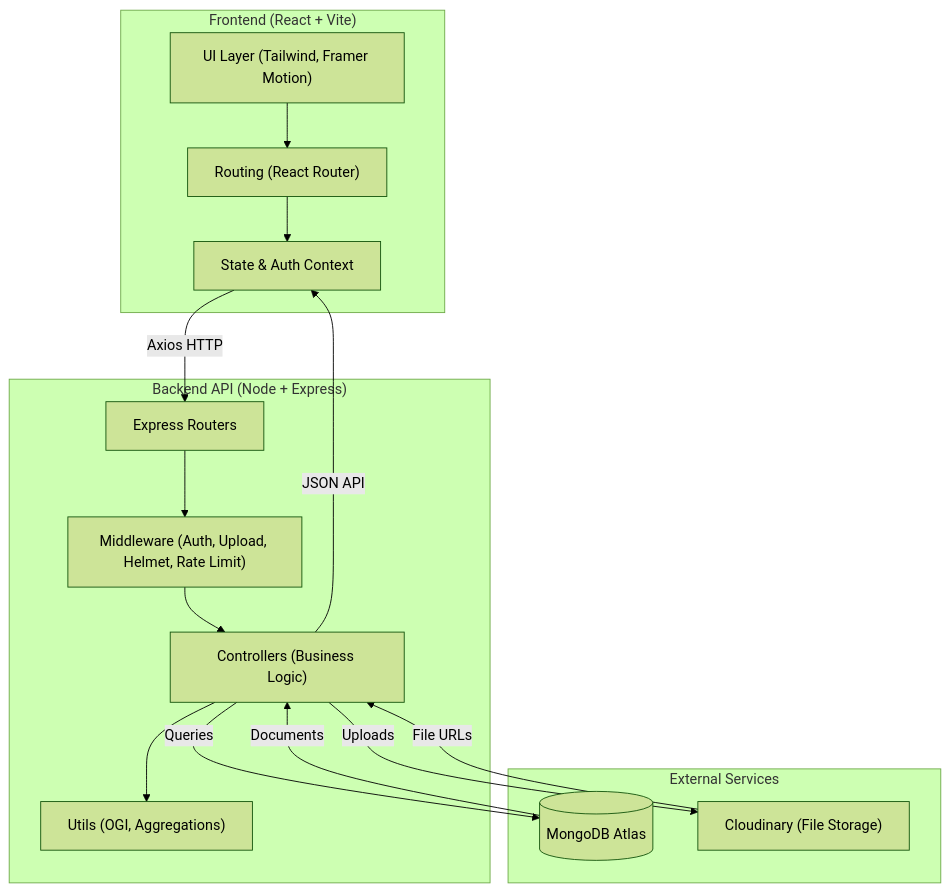
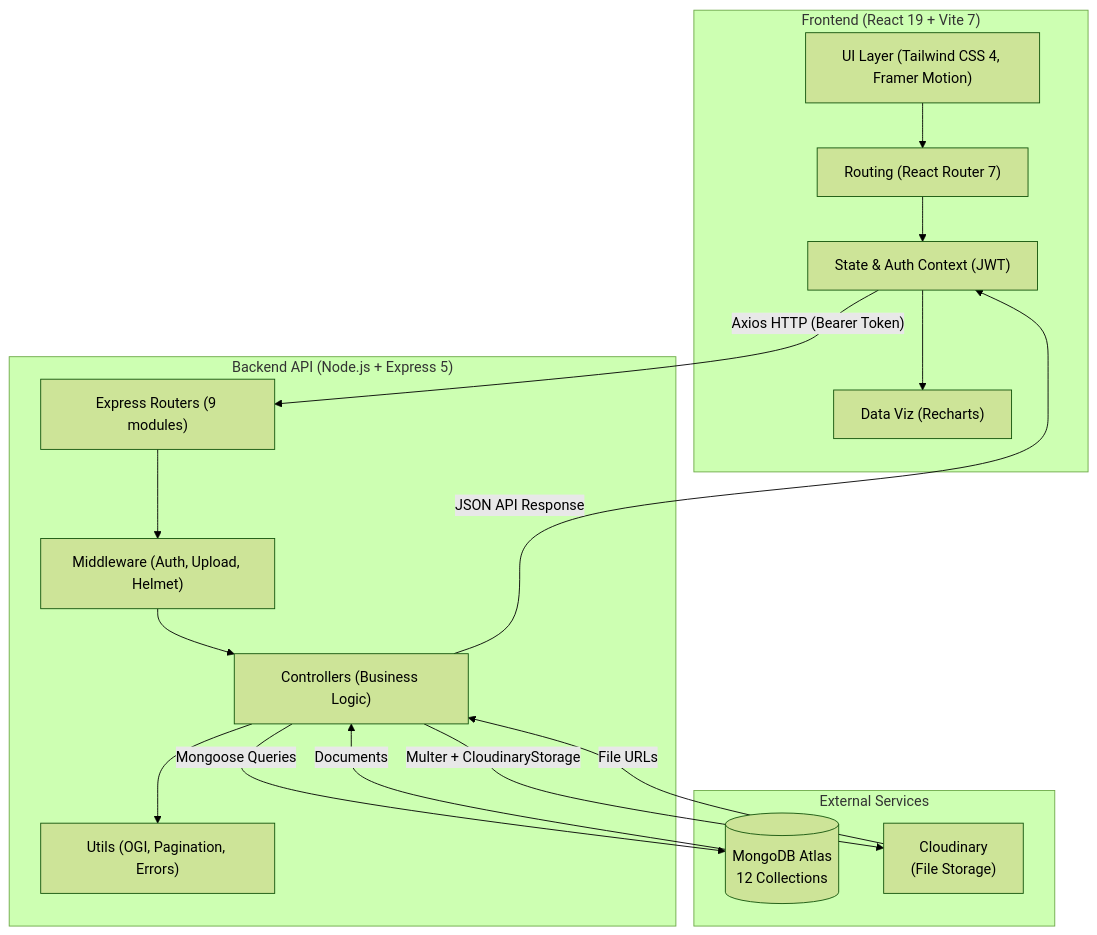
Before and after one commit to ArunavKishor/NavKalpana-RICR-NK-0003: the first of 3 diagrams in docs/architecture-diagram.md, drawn with Mermaid (forest theme). The commit also changed other lines of this file and 12 other files, not shown here.

````diff
--- a/docs/architecture-diagram.md
+++ b/docs/architecture-diagram.md
@@ -7,33 +9,34 @@
 ```mermaid
 graph TD
-    subgraph "Frontend (React + Vite)"
-        UI["UI Layer (Tailwind, Framer Motion)"]
-        RT["Routing (React Router)"]
-        State["State & Auth Context"]
+    subgraph "Frontend (React 19 + Vite 7)"
+        UI["UI Layer (Tailwind CSS 4, Framer Motion)"]
+        RT["Routing (React Router 7)"]
+        State["State & Auth Context (JWT)"]
+        Charts["Data Viz (Recharts)"]
     end
 
-    subgraph "Backend API (Node + Express)"
-        Router["Express Routers"]
-        MW["Middleware (Auth, Upload, Helmet, Rate Limit)"]
+    subgraph "Backend API (Node.js + Express 5)"
+        Router["Express Routers (9 modules)"]
+        MW["Middleware (Auth, Upload, Helmet)"]
         Ctrl["Controllers (Business Logic)"]
-        Util["Utils (OGI, Aggregations)"]
+        Util["Utils (OGI, Pagination, Errors)"]
     end
 
     subgraph "External Services"
-        DB[("MongoDB Atlas")]
-        CDN["Cloudinary (File Storage)"]
+        DB[("MongoDB Atlas\n12 Collections")]
+        CDN["Cloudinary\n(File Storage)"]
     end
 
-    %% Interactions
     UI --> RT
     RT --> State
-    State -- Axios HTTP --> Router
+    State -- "Axios HTTP (Bearer Token)" --> Router
     Router --> MW
     MW --> Ctrl
     Ctrl --> Util
-    Ctrl -- Queries --> DB
-    Ctrl -- Uploads --> CDN
-    CDN -- File URLs --> Ctrl
-    DB -- Documents --> Ctrl
-    Ctrl -- JSON API --> State
+    Ctrl -- "Mongoose Queries" --> DB
+    Ctrl -- "Multer + CloudinaryStorage" --> CDN
+    CDN -- "File URLs" --> Ctrl
+    DB -- "Documents" --> Ctrl
+    Ctrl -- "JSON API Response" --> State
+    State --> Charts
 ```
````
